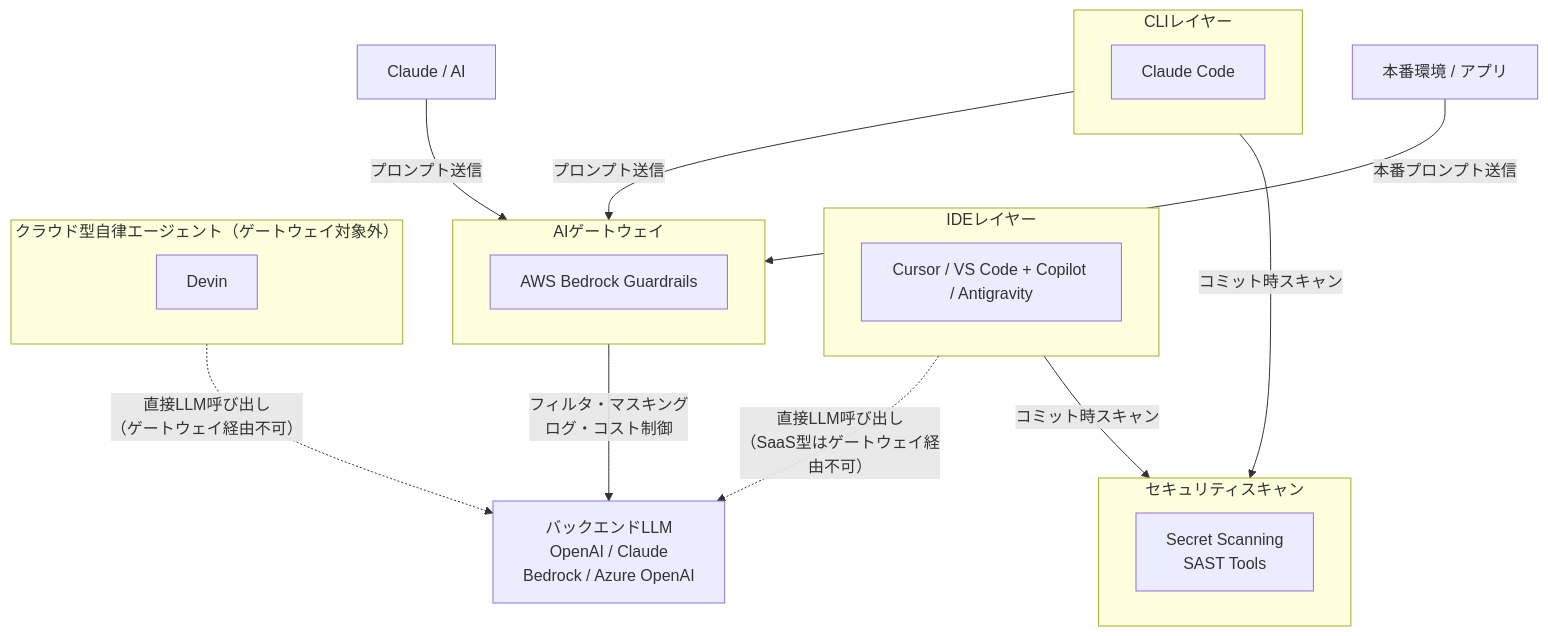
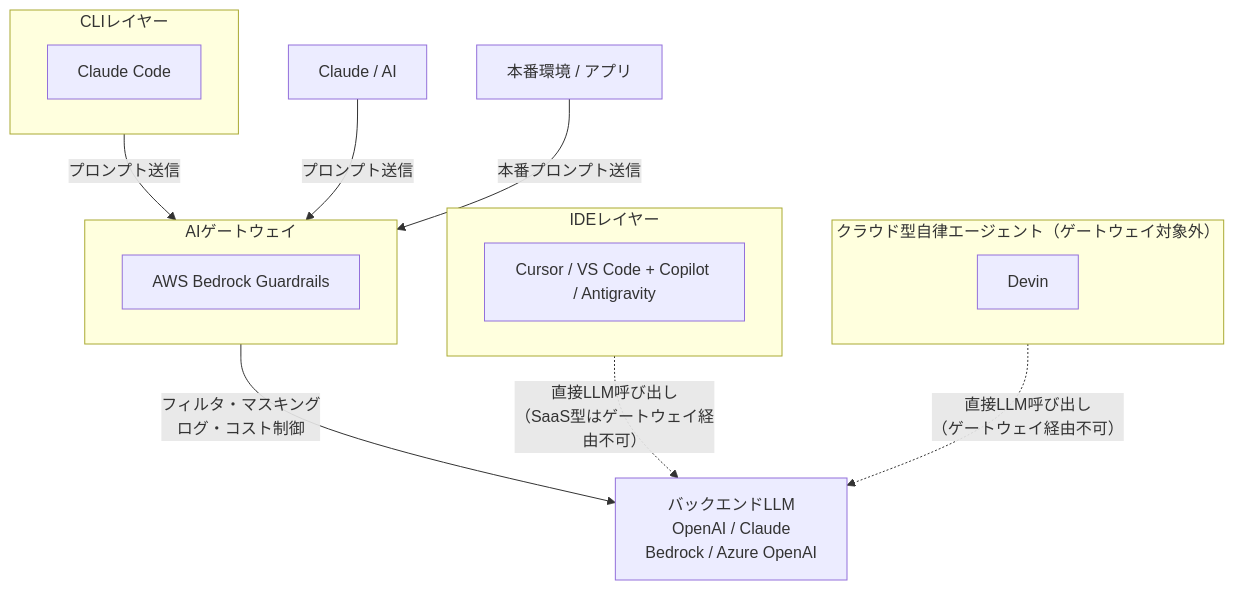
One commit to takuma39/ai changed diagram 20 of 44 in AI駆動開発.md. Above: the diagram before and after it, drawn with Mermaid. The commit also changed other lines of this file, not shown here.

````diff
--- a/AI駆動開発.md
+++ b/AI駆動開発.md
@@ -720,36 +761,30 @@
 ```mermaid
 graph TD
     subgraph ide["IDEレイヤー"]
         Cursor["Cursor / VS Code + Copilot / Antigravity"]
     end
 
     subgraph cli["CLIレイヤー"]
         CC["Claude Code"]
     end
 
     Claude["Claude / AI"]
     Prod["本番環境 / アプリ"]
 
     subgraph gateway["AIゲートウェイ"]
         GWProxy["AWS Bedrock Guardrails"]
     end
 
     LLM["バックエンドLLM<br/>OpenAI / Claude<br/>Bedrock / Azure OpenAI"]
 
-    subgraph security["セキュリティスキャン"]
-        SecScan["Secret Scanning<br/>SAST Tools"]
-    end
-
     subgraph saas_agent["クラウド型自律エージェント（ゲートウェイ対象外）"]
         Devin["Devin"]
     end
 
     cli -->|"プロンプト送信"| gateway
     Claude -->|"プロンプト送信"| gateway
     Prod -->|"本番プロンプト送信"| gateway
     gateway -->|"フィルタ・マスキング<br/>ログ・コスト制御"| LLM
     ide -.->|"直接LLM呼び出し<br/>（SaaS型はゲートウェイ経由不可）"| LLM
-    cli -->|"コミット時スキャン"| security
-    ide -->|"コミット時スキャン"| security
     saas_agent -.->|"直接LLM呼び出し<br/>（ゲートウェイ経由不可）"| LLM
 ```
````
